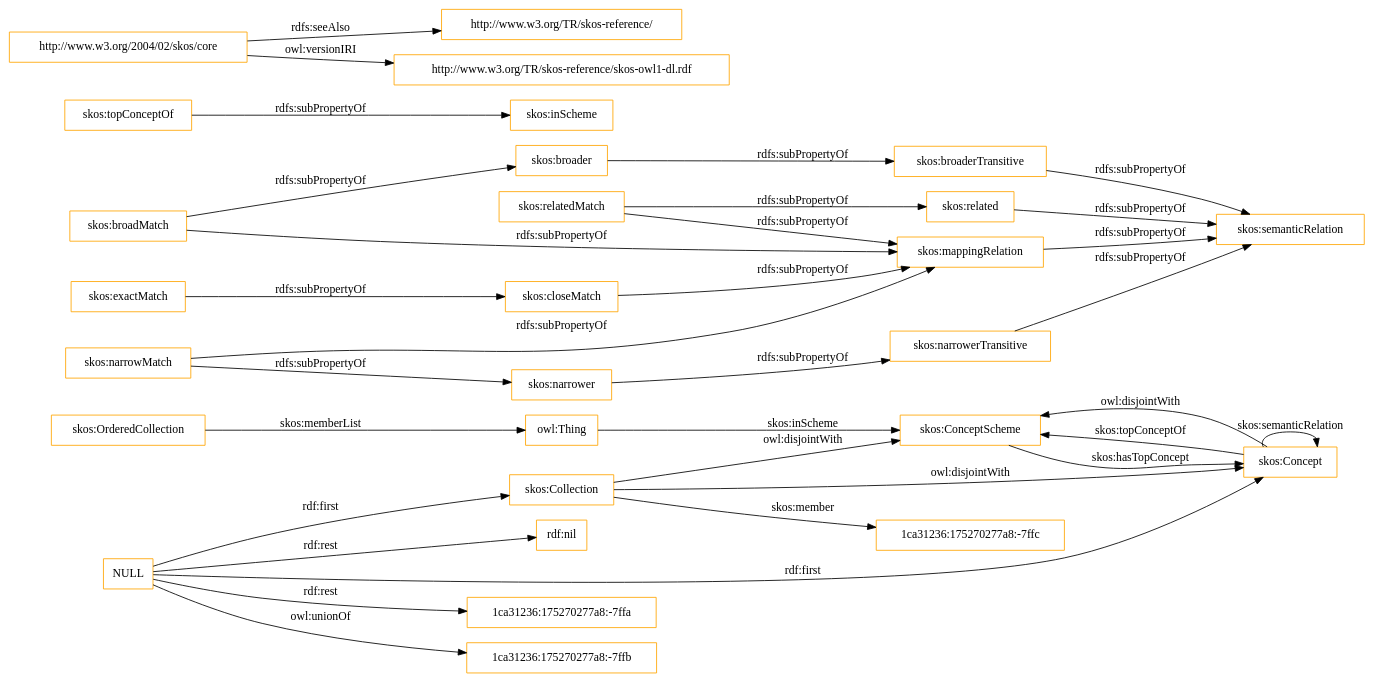
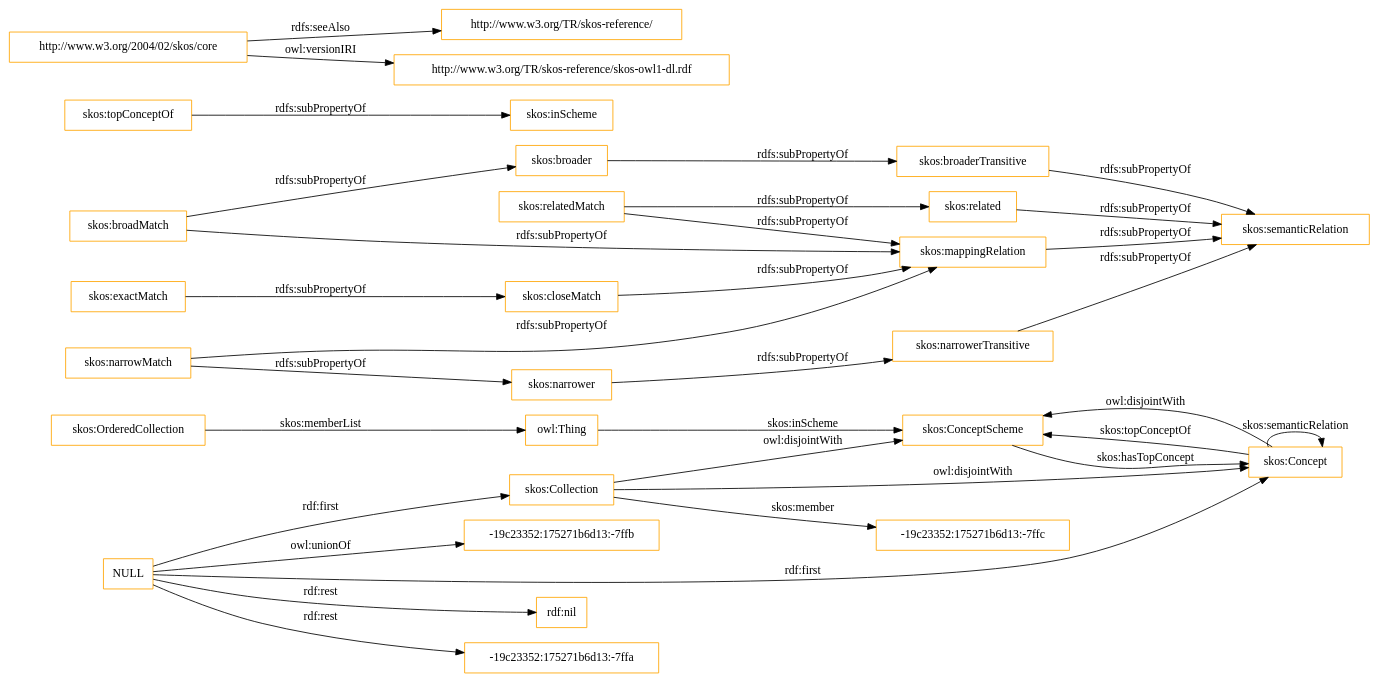
Before and after one commit to OnToologyUser/core-ontology-1: the diagram in OnToology/imports/skos.owl/diagrams/ar2dtool-class/skos.owl.png.dot, drawn with Graphviz. The commit also changed 14 other files, not shown here.

```diff
--- a/OnToology/imports/skos.owl/diagrams/ar2dtool-class/skos.owl.png.dot
+++ b/OnToology/imports/skos.owl/diagrams/ar2dtool-class/skos.owl.png.dot
@@ -1,37 +1,37 @@
 digraph ar2dtool_diagram { 
 rankdir=LR;
 size="1501"
-node [shape = rectangle, color="orange"]; "skos:OrderedCollection" "skos:ConceptScheme" "skos:Concept" "skos:Collection" "1ca31236:175270277a8:-7ffc" ; /*classes style*/
+node [shape = rectangle, color="orange"]; "skos:OrderedCollection" "skos:ConceptScheme" "skos:Concept" "skos:Collection" "-19c23352:175271b6d13:-7ffc" ; /*classes style*/
 	"skos:narrowerTransitive" -> "skos:semanticRelation" [ label = "rdfs:subPropertyOf" ];
-	"NULL" -> "1ca31236:175270277a8:-7ffa" [ label = "rdf:rest" ];
-	"NULL" -> "skos:Collection" [ label = "rdf:first" ];
-	"NULL" -> "1ca31236:175270277a8:-7ffb" [ label = "owl:unionOf" ];
 	"NULL" -> "rdf:nil" [ label = "rdf:rest" ];
 	"NULL" -> "skos:Concept" [ label = "rdf:first" ];
+	"NULL" -> "-19c23352:175271b6d13:-7ffa" [ label = "rdf:rest" ];
+	"NULL" -> "skos:Collection" [ label = "rdf:first" ];
+	"NULL" -> "-19c23352:175271b6d13:-7ffb" [ label = "owl:unionOf" ];
 	"skos:closeMatch" -> "skos:mappingRelation" [ label = "rdfs:subPropertyOf" ];
 	"skos:Concept" -> "skos:ConceptScheme" [ label = "owl:disjointWith" ];
 	"skos:relatedMatch" -> "skos:related" [ label = "rdfs:subPropertyOf" ];
 	"skos:relatedMatch" -> "skos:mappingRelation" [ label = "rdfs:subPropertyOf" ];
 	"skos:related" -> "skos:semanticRelation" [ label = "rdfs:subPropertyOf" ];
 	"skos:topConceptOf" -> "skos:inScheme" [ label = "rdfs:subPropertyOf" ];
 	"skos:broadMatch" -> "skos:mappingRelation" [ label = "rdfs:subPropertyOf" ];
 	"skos:broadMatch" -> "skos:broader" [ label = "rdfs:subPropertyOf" ];
 	"skos:exactMatch" -> "skos:closeMatch" [ label = "rdfs:subPropertyOf" ];
 	"skos:broaderTransitive" -> "skos:semanticRelation" [ label = "rdfs:subPropertyOf" ];
 	"skos:broader" -> "skos:broaderTransitive" [ label = "rdfs:subPropertyOf" ];
 	"skos:mappingRelation" -> "skos:semanticRelation" [ label = "rdfs:subPropertyOf" ];
 	"http://www.w3.org/2004/02/skos/core" -> "http://www.w3.org/TR/skos-reference/" [ label = "rdfs:seeAlso" ];
 	"http://www.w3.org/2004/02/skos/core" -> "http://www.w3.org/TR/skos-reference/skos-owl1-dl.rdf" [ label = "owl:versionIRI" ];
 	"skos:Collection" -> "skos:ConceptScheme" [ label = "owl:disjointWith" ];
 	"skos:Collection" -> "skos:Concept" [ label = "owl:disjointWith" ];
 	"skos:narrower" -> "skos:narrowerTransitive" [ label = "rdfs:subPropertyOf" ];
 	"skos:narrowMatch" -> "skos:narrower" [ label = "rdfs:subPropertyOf" ];
 	"skos:narrowMatch" -> "skos:mappingRelation" [ label = "rdfs:subPropertyOf" ];
 	"skos:OrderedCollection" -> "owl:Thing" [ label = "skos:memberList" ];
 	"skos:Concept" -> "skos:ConceptScheme" [ label = "skos:topConceptOf" ];
 	"skos:Concept" -> "skos:Concept" [ label = "skos:semanticRelation" ];
-	"skos:Collection" -> "1ca31236:175270277a8:-7ffc" [ label = "skos:member" ];
+	"skos:Collection" -> "-19c23352:175271b6d13:-7ffc" [ label = "skos:member" ];
 	"skos:ConceptScheme" -> "skos:Concept" [ label = "skos:hasTopConcept" ];
 	"owl:Thing" -> "skos:ConceptScheme" [ label = "skos:inScheme" ];
 
 }
```
